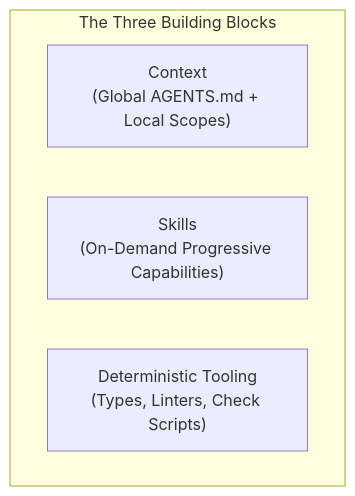
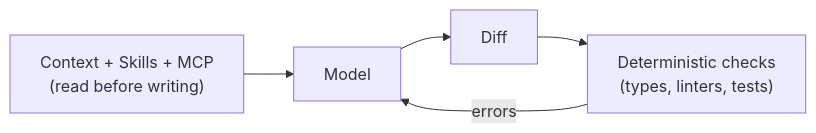
One commit to bwrob/bwrob.github.io changed the first of 2 diagrams in posts/26-10-03-agentic-harness-fundamentals/index.qmd. Above: the diagram before and after it, drawn with Mermaid. The commit also changed other lines of this file and 1 other file, not shown here.

Commit message:
fix(posts): polish agentic harness post and render mermaid diagrams

````diff
--- a/posts/26-10-03-agentic-harness-fundamentals/index.qmd
+++ b/posts/26-10-03-agentic-harness-fundamentals/index.qmd
@@ -34,8 +36,7 @@
-```mermaid
-flowchart TD
-    subgraph Blocks["The Three Building Blocks"]
-        Context["Context<br/>(Global AGENTS.md + Local Scopes)"]
-        Skills["Skills<br/>(On-Demand Progressive Capabilities)"]
-        Tooling["Deterministic Tooling<br/>(Types, Linters, Check Scripts)"]
-    end
+```{mermaid}
+flowchart LR
+    Ctx["Context + Skills + MCP<br/>(read before writing)"] --> Model["Model"]
+    Model --> Diff["Diff"]
+    Diff --> Checks["Deterministic checks<br/>(types, linters, tests)"]
+    Checks -- "errors" --> Model
 ```
````
